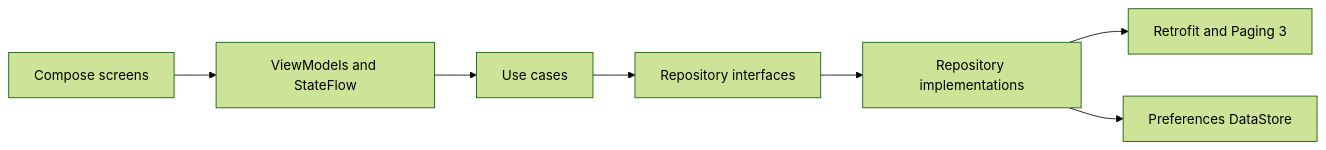
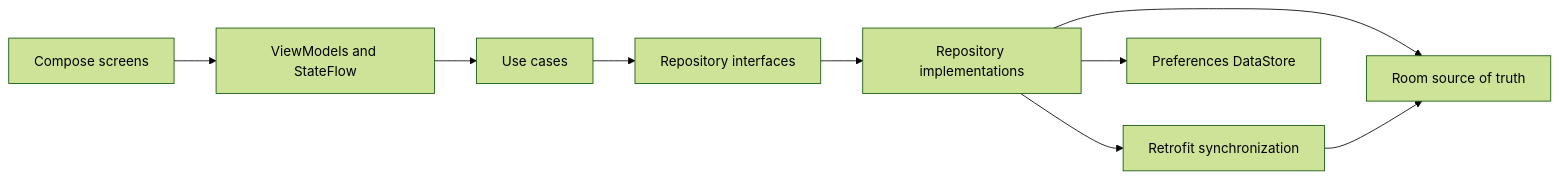
Before and after one commit to datapasko/character-explorer: the diagram in README.md, drawn with Mermaid (forest theme). The commit also changed other lines of this file and 9 other files, not shown here.

````diff
--- a/README.md
+++ b/README.md
@@ -35,9 +35,11 @@
 ```mermaid
 flowchart LR
     UI[Compose screens] --> VM[ViewModels and StateFlow]
     VM --> UC[Use cases]
     UC --> RI[Repository interfaces]
     RI --> R[Repository implementations]
-    R --> API[Retrofit and Paging 3]
+    R --> DB[Room source of truth]
+    R --> API[Retrofit synchronization]
+    API --> DB
     R --> DS[Preferences DataStore]
 ```
````
